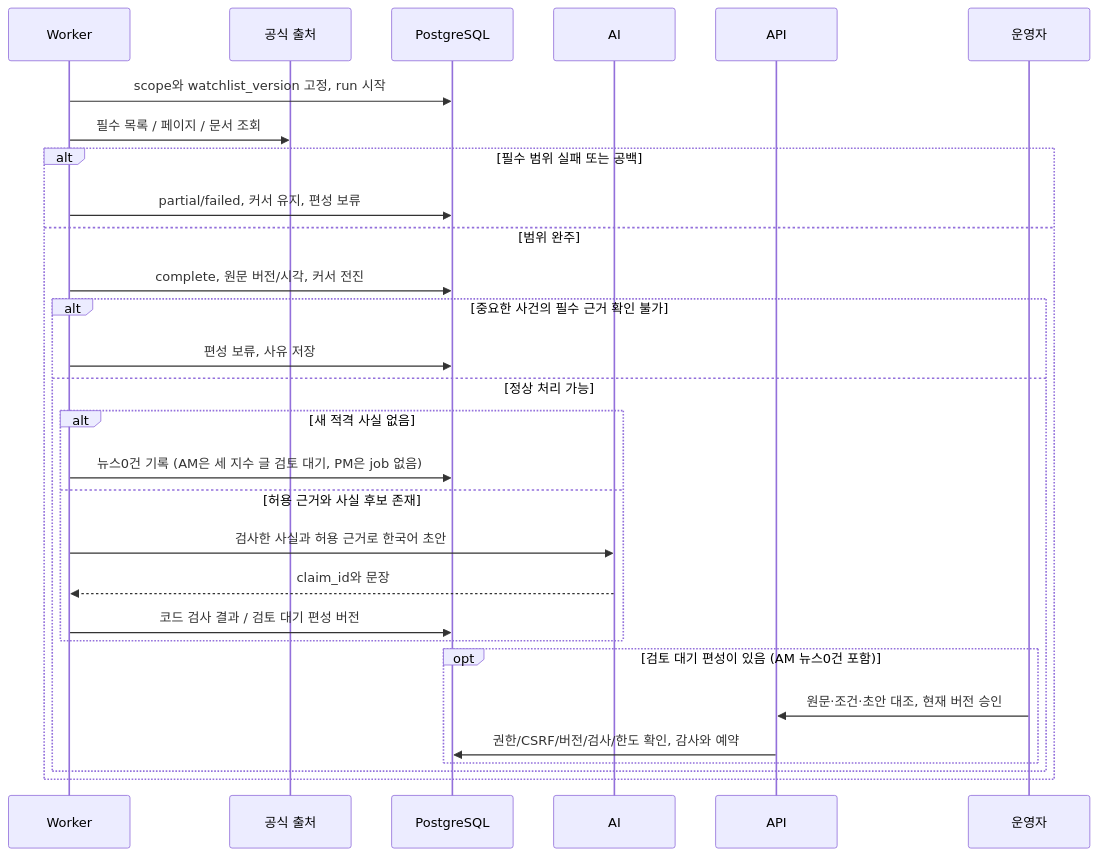
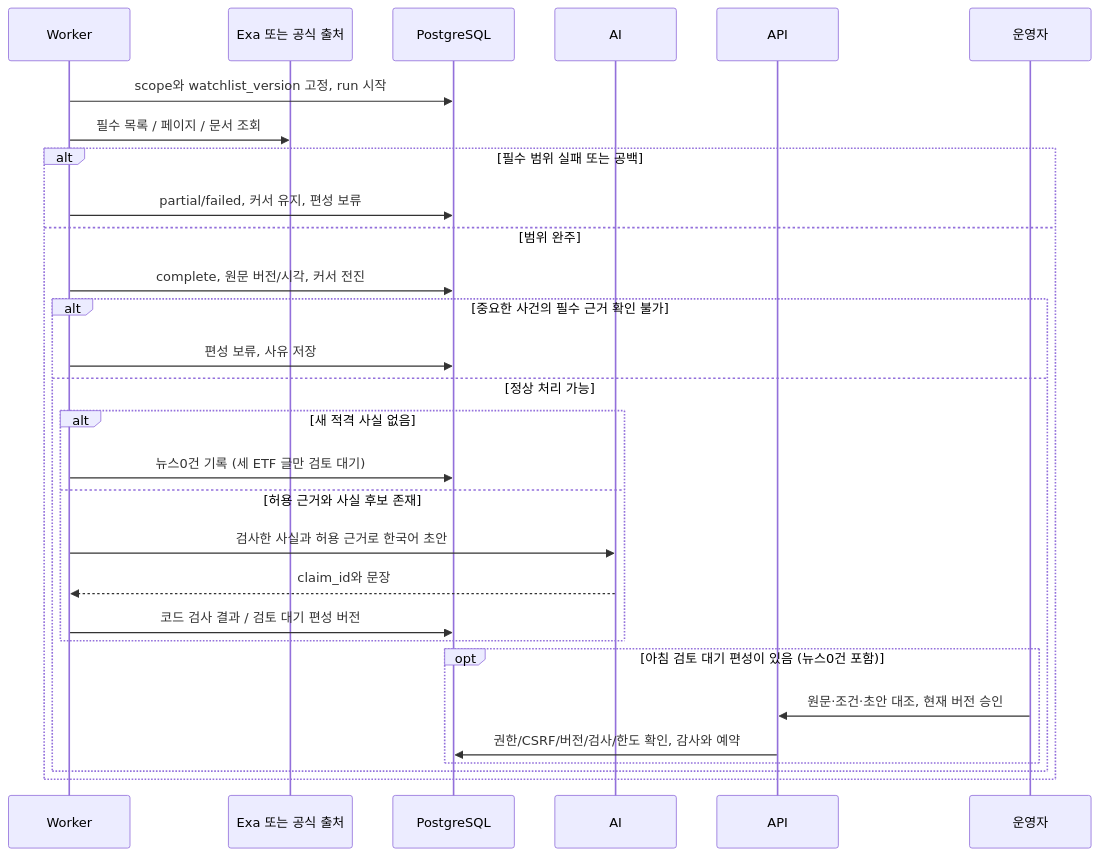
The second of 3 diagrams in docs/specifications/시스템_구성과_주요_시퀀스.md (luvulmi/xfolio), drawn with Mermaid before and after one commit. The commit also changed other lines of this file and 24 other files, not shown here.

````diff
--- a/docs/specifications/시스템_구성과_주요_시퀀스.md
+++ b/docs/specifications/시스템_구성과_주요_시퀀스.md
@@ -31,31 +34,31 @@
 ```mermaid
 sequenceDiagram
   participant W as Worker
-  participant P as 공식 출처
+  participant P as Exa 또는 공식 출처
   participant D as PostgreSQL
   participant L as AI
   participant A as API
   participant U as 운영자
   W->>D: scope와 watchlist_version 고정, run 시작
   W->>P: 필수 목록 / 페이지 / 문서 조회
   alt 필수 범위 실패 또는 공백
     W->>D: partial/failed, 커서 유지, 편성 보류
   else 범위 완주
     W->>D: complete, 원문 버전/시각, 커서 전진
     alt 중요한 사건의 필수 근거 확인 불가
       W->>D: 편성 보류, 사유 저장
     else 정상 처리 가능
       alt 새 적격 사실 없음
-        W->>D: 뉴스0건 기록 (AM은 세 지수 글 검토 대기, PM은 job 없음)
+        W->>D: 뉴스0건 기록 (세 ETF 글만 검토 대기)
       else 허용 근거와 사실 후보 존재
       W->>L: 검사한 사실과 허용 근거로 한국어 초안
       L-->>W: claim_id와 문장
       W->>D: 코드 검사 결과 / 검토 대기 편성 버전
       end
-      opt 검토 대기 편성이 있음 (AM 뉴스0건 포함)
+      opt 아침 검토 대기 편성이 있음 (뉴스0건 포함)
         U->>A: 원문·조건·초안 대조, 현재 버전 승인
         A->>D: 권한/CSRF/버전/검사/한도 확인, 감사와 예약
       end
     end
   end
 ```
````
